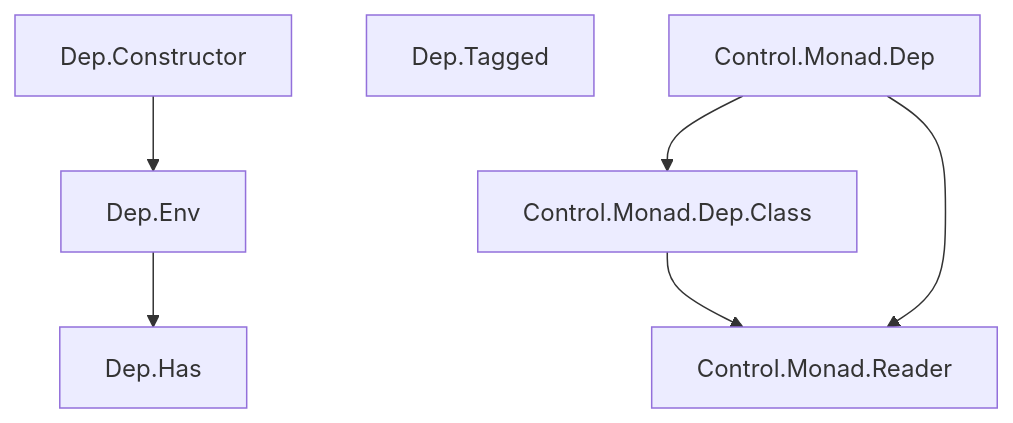
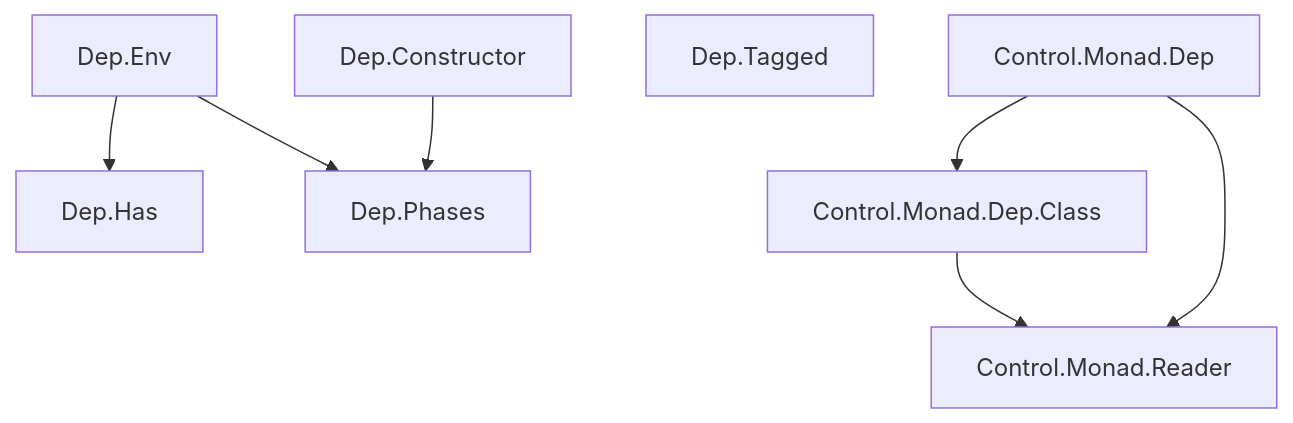
One commit to danidiaz/dep-t changed the diagram in README.md. Above: the diagram before and after it, drawn with Mermaid. The commit also changed 3 other files, not shown here.

````diff
--- a/README.md
+++ b/README.md
@@ -42,9 +42,10 @@
 ```mermaid
   graph TD;
       Dep.Env-->Dep.Has;
-      Dep.Constructor-->Dep.Env;
+      Dep.Env-->Dep.Phases;
+      Dep.Constructor-->Dep.Phases;
       Dep.Tagged;
       Control.Monad.Dep.Class-->Control.Monad.Reader;
       Control.Monad.Dep-->Control.Monad.Reader;
       Control.Monad.Dep-->Control.Monad.Dep.Class;
 ```
````
